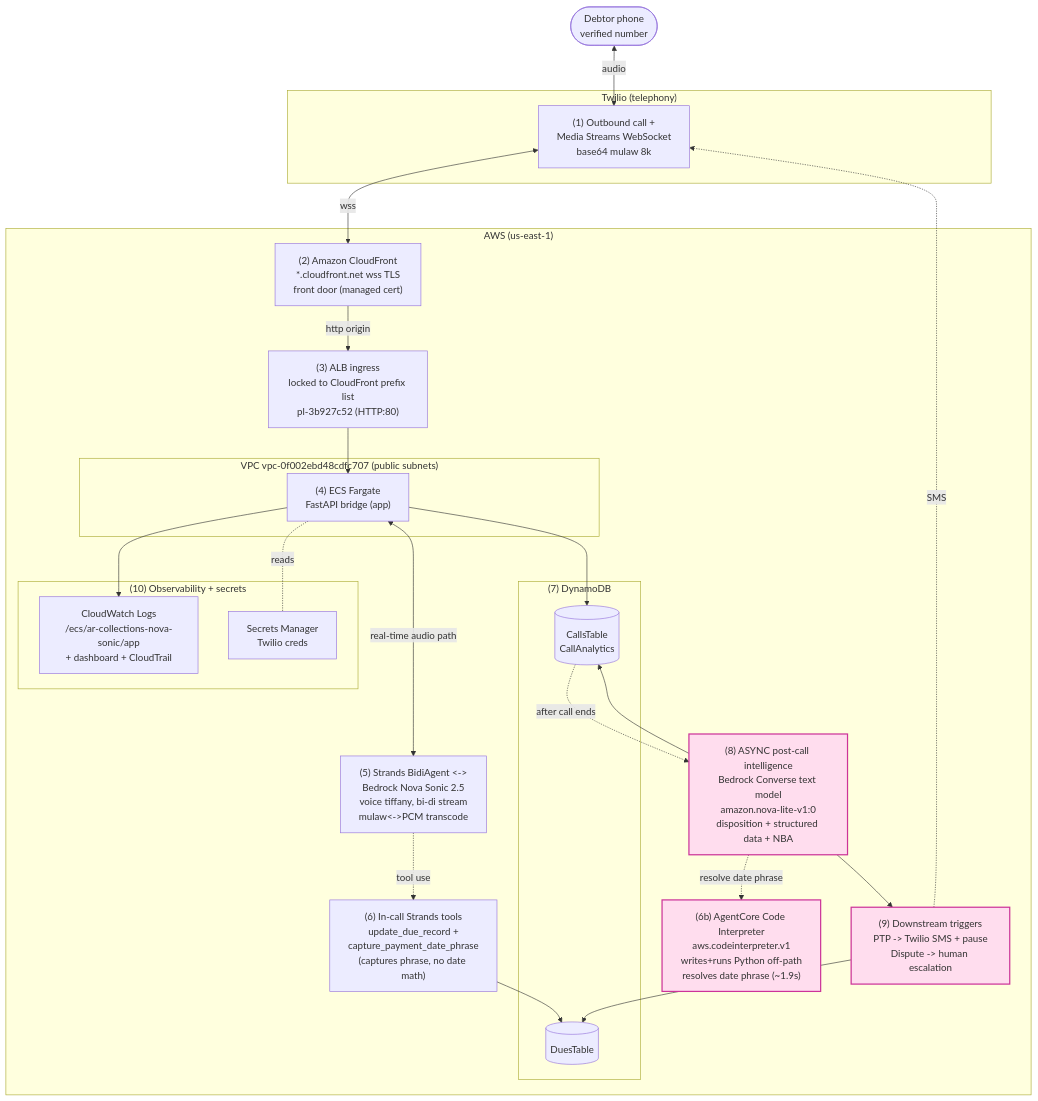
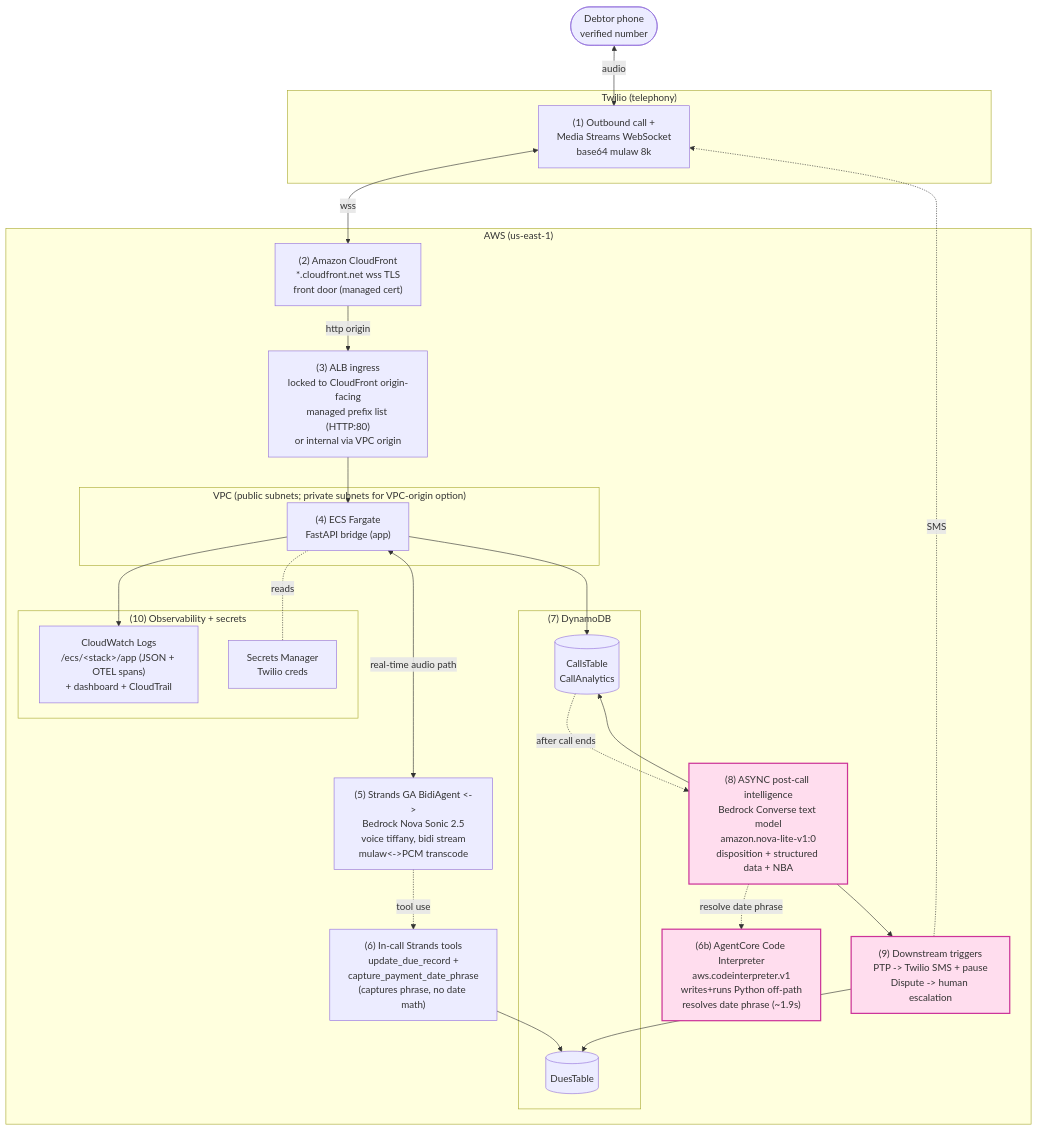
One commit to windson/twilio-nova-sonic-2-5 changed the diagram in docs/architecture.md. Above: the diagram before and after it, drawn with Mermaid. The commit also changed other lines of this file and 5 other files, not shown here.

````diff
--- a/docs/architecture.md
+++ b/docs/architecture.md
@@ -14,56 +16,56 @@
 ```mermaid
 flowchart TB
     Debtor([Debtor phone<br/>verified number])
 
     subgraph Twilio["Twilio (telephony)"]
         T["(1) Outbound call +<br/>Media Streams WebSocket<br/>base64 mulaw 8k"]
     end
 
     subgraph AWS["AWS (us-east-1)"]
         CF["(2) Amazon CloudFront<br/>*.cloudfront.net wss TLS<br/>front door (managed cert)"]
-        ALB["(3) ALB ingress<br/>locked to CloudFront prefix list<br/>pl-3b927c52 (HTTP:80)"]
+        ALB["(3) ALB ingress<br/>locked to CloudFront origin-facing<br/>managed prefix list (HTTP:80)<br/>or internal via VPC origin"]
 
-        subgraph VPC["VPC vpc-0f002ebd48cdfc707 (public subnets)"]
+        subgraph VPC["VPC (public subnets; private subnets for VPC-origin option)"]
             ECS["(4) ECS Fargate<br/>FastAPI bridge (app)"]
         end
 
-        Sonic["(5) Strands BidiAgent &lt;-&gt;<br/>Bedrock Nova Sonic 2.5<br/>voice tiffany, bi-di stream<br/>mulaw&lt;-&gt;PCM transcode"]
+        Sonic["(5) Strands GA BidiAgent &lt;-&gt;<br/>Bedrock Nova Sonic 2.5<br/>voice tiffany, bidi stream<br/>mulaw&lt;-&gt;PCM transcode"]
         Tools["(6) In-call Strands tools<br/>update_due_record +<br/>capture_payment_date_phrase<br/>(captures phrase, no date math)"]
         CI["(6b) AgentCore Code Interpreter<br/>aws.codeinterpreter.v1<br/>writes+runs Python off-path<br/>resolves date phrase (~1.9s)"]
 
         subgraph DDB["(7) DynamoDB"]
             Dues[(DuesTable)]
             Calls[(CallsTable<br/>CallAnalytics)]
         end
 
         Extract["(8) ASYNC post-call intelligence<br/>Bedrock Converse text model<br/>amazon.nova-lite-v1:0<br/>disposition + structured data + NBA"]
         Triggers["(9) Downstream triggers<br/>PTP -&gt; Twilio SMS + pause<br/>Dispute -&gt; human escalation"]
 
         subgraph Obs["(10) Observability + secrets"]
-            CW["CloudWatch Logs<br/>/ecs/ar-collections-nova-sonic/app<br/>+ dashboard + CloudTrail"]
+            CW["CloudWatch Logs<br/>/ecs/&lt;stack&gt;/app (JSON + OTEL spans)<br/>+ dashboard + CloudTrail"]
             SM["Secrets Manager<br/>Twilio creds"]
         end
     end
 
     Debtor <-->|audio| T
     T <-->|wss| CF
     CF -->|http origin| ALB
     ALB --> ECS
     ECS <-->|real-time audio path| Sonic
     Sonic -.tool use.-> Tools
     Tools --> Dues
     ECS --> Calls
 
     Calls -. after call ends .-> Extract
     Extract -.resolve date phrase.-> CI
     Extract --> Triggers
     Triggers --> Dues
     Triggers -.->|SMS| T
     Extract --> Calls
 
     ECS --> CW
     ECS -. reads .- SM
 
     classDef async fill:#fde,stroke:#c39,stroke-width:2px;
     class Extract,Triggers,CI async;
 ```
````
